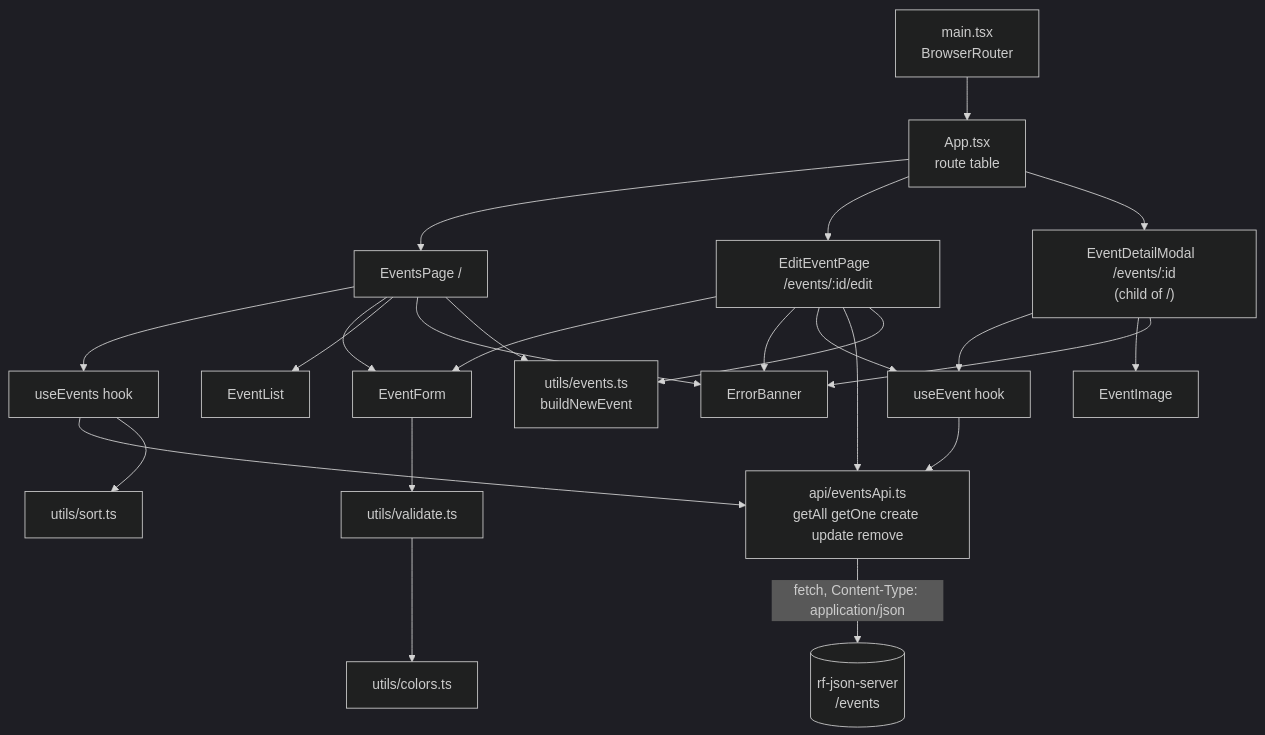
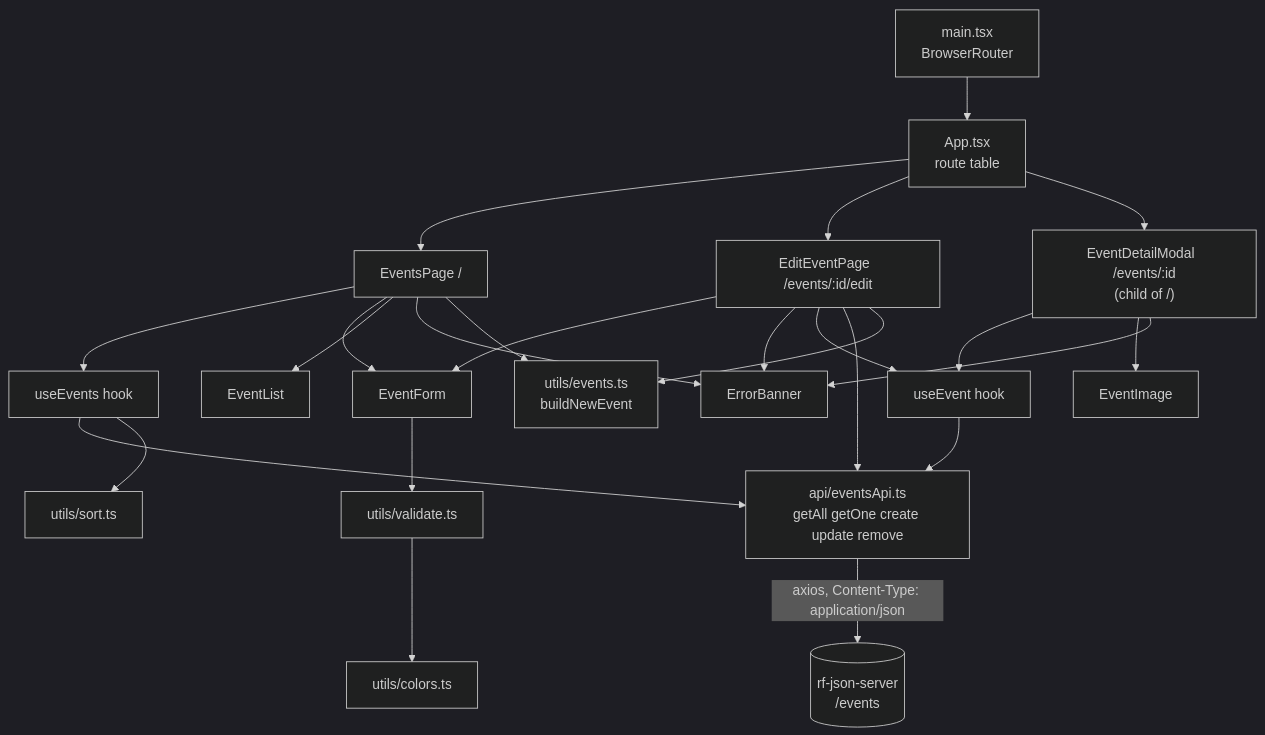
One commit to runningc1/events-app changed the first of 9 diagrams in docs/architecture.md. Above: the diagram before and after it, drawn with Mermaid (dark theme). The commit also changed other lines of this file and 8 other files, not shown here.

First line of the commit message:
Replace the fetch wrapper with axios

````diff
--- a/docs/architecture.md
+++ b/docs/architecture.md
@@ -9,29 +9,29 @@
 ```mermaid
 flowchart TB
   main[main.tsx<br/>BrowserRouter] --> App[App.tsx<br/>route table]
   App --> EventsPage["EventsPage  /"]
   App --> EditEventPage["EditEventPage  /events/:id/edit"]
   App --> Modal["EventDetailModal  /events/:id<br/>(child of /)"]
 
   EventsPage --> useEvents[useEvents hook]
   EventsPage --> EventForm
   EventsPage --> EventList
   EventsPage --> ErrorBanner
   EditEventPage --> EventForm
   EditEventPage --> ErrorBanner
   EditEventPage --> useEvent[useEvent hook]
   EditEventPage --> api
   Modal --> useEvent
   useEvent --> api
   Modal --> EventImage
   Modal --> ErrorBanner
 
   useEvents --> api[api/eventsApi.ts<br/>getAll getOne create update remove]
   useEvents --> sort[utils/sort.ts]
   EventForm --> validate[utils/validate.ts]
   validate --> colors[utils/colors.ts]
   EventsPage --> events[utils/events.ts<br/>buildNewEvent]
   EditEventPage --> events
 
-  api -->|fetch, Content-Type: application/json| Server[(rf-json-server<br/>/events)]
+  api -->|axios, Content-Type: application/json| Server[(rf-json-server<br/>/events)]
 ```
````
